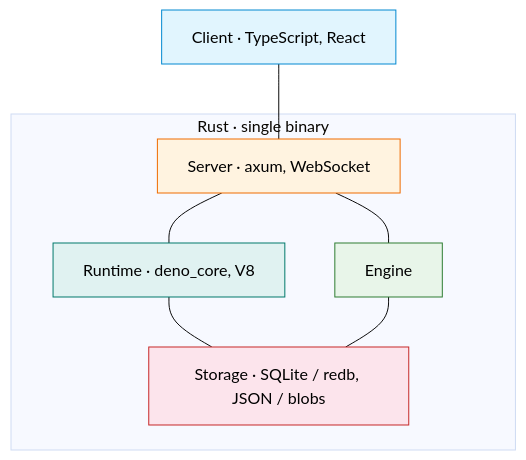
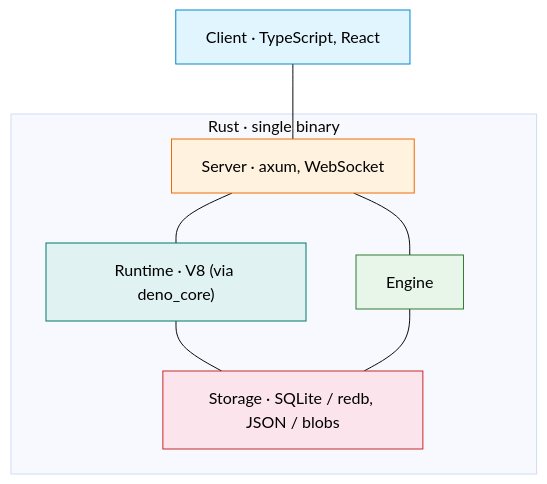
Before and after one commit to nimbus/nimbus: the first of 6 diagrams in ARCHITECTURE.md, drawn with Mermaid (base theme). The commit also changed other lines of this file and 185 other files, not shown here.

````diff
--- a/ARCHITECTURE.md
+++ b/ARCHITECTURE.md
@@ -18,28 +18,28 @@
 ```mermaid
 flowchart TD
     T1["Client · TypeScript, React"]
 
     subgraph rust["Rust · single binary"]
         T2["Server · axum, WebSocket"]
-        T3["Runtime · deno_core, V8"]
+        T3["Runtime · V8 (via deno_core)"]
         T4["Engine"]
         T5["Storage · SQLite / redb, JSON / blobs"]
 
         T2 --- T3 & T4
         T3 & T4 --- T5
     end
 
     T1 --- T2
 
     classDef client fill:#e1f5fe,stroke:#0288d1,color:#000
     classDef server fill:#fff3e0,stroke:#ef6c00,color:#000
     classDef runtime fill:#e0f2f1,stroke:#00796b,color:#000
     classDef logic fill:#e8f5e9,stroke:#2e7d32,color:#000
     classDef storage fill:#fce4ec,stroke:#c62828,color:#000
 
     class T1 client
     class T2 server
     class T3 runtime
     class T4 logic
     class T5 storage
 ```
````
